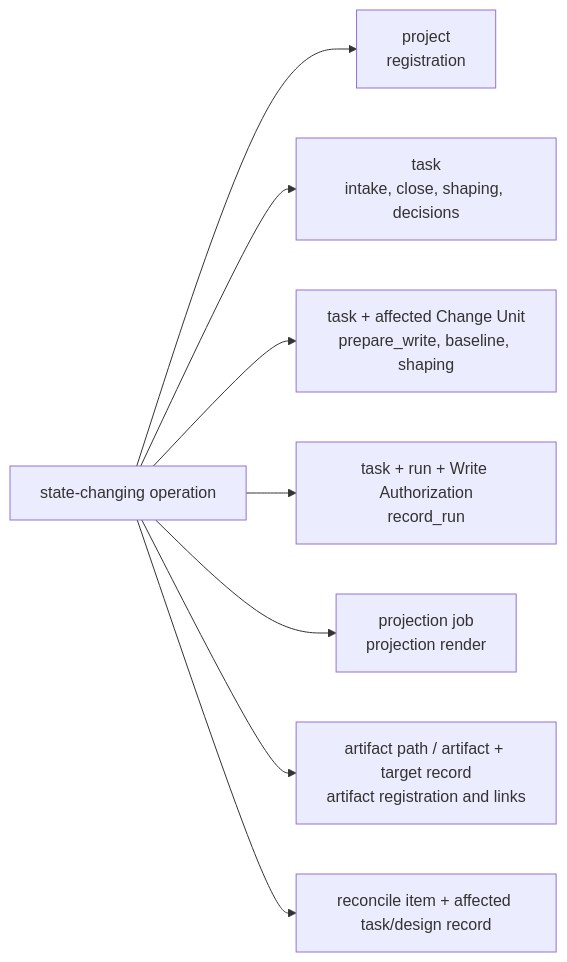
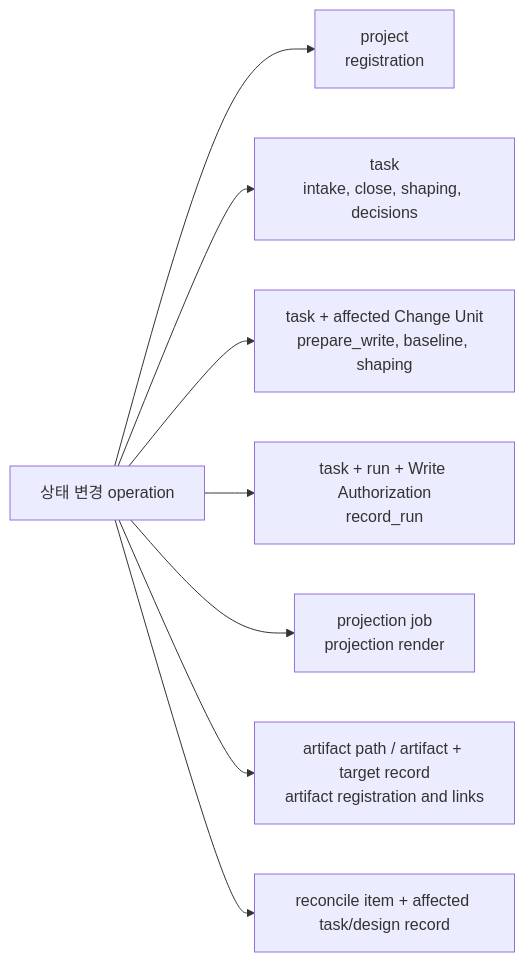
The third of 10 diagrams in docs/ko/reference/storage-and-ddl.md (minjungw00/Volicord), drawn with Mermaid before and after one commit. The commit also changed other lines of this file and 14 other files, not shown here.

````diff
--- a/docs/ko/reference/storage-and-ddl.md
+++ b/docs/ko/reference/storage-and-ddl.md
@@ -943,19 +943,19 @@
 ```mermaid
 flowchart LR
-  Operation["state-changing operation"]
+  Operation["상태 변경 operation"]
   Project["project<br/>registration"]
   Task["task<br/>intake, close, shaping, decisions"]
   ChangeUnit["task + affected Change Unit<br/>prepare_write, baseline, shaping"]
   Run["task + run + Write Authorization<br/>record_run"]
   Projection["projection job<br/>projection render"]
   Artifact["artifact path / artifact + target record<br/>artifact registration and links"]
   Reconcile["reconcile item + affected task/design record"]
 
   Operation --> Project
   Operation --> Task
   Operation --> ChangeUnit
   Operation --> Run
   Operation --> Projection
   Operation --> Artifact
   Operation --> Reconcile
 ```
````
